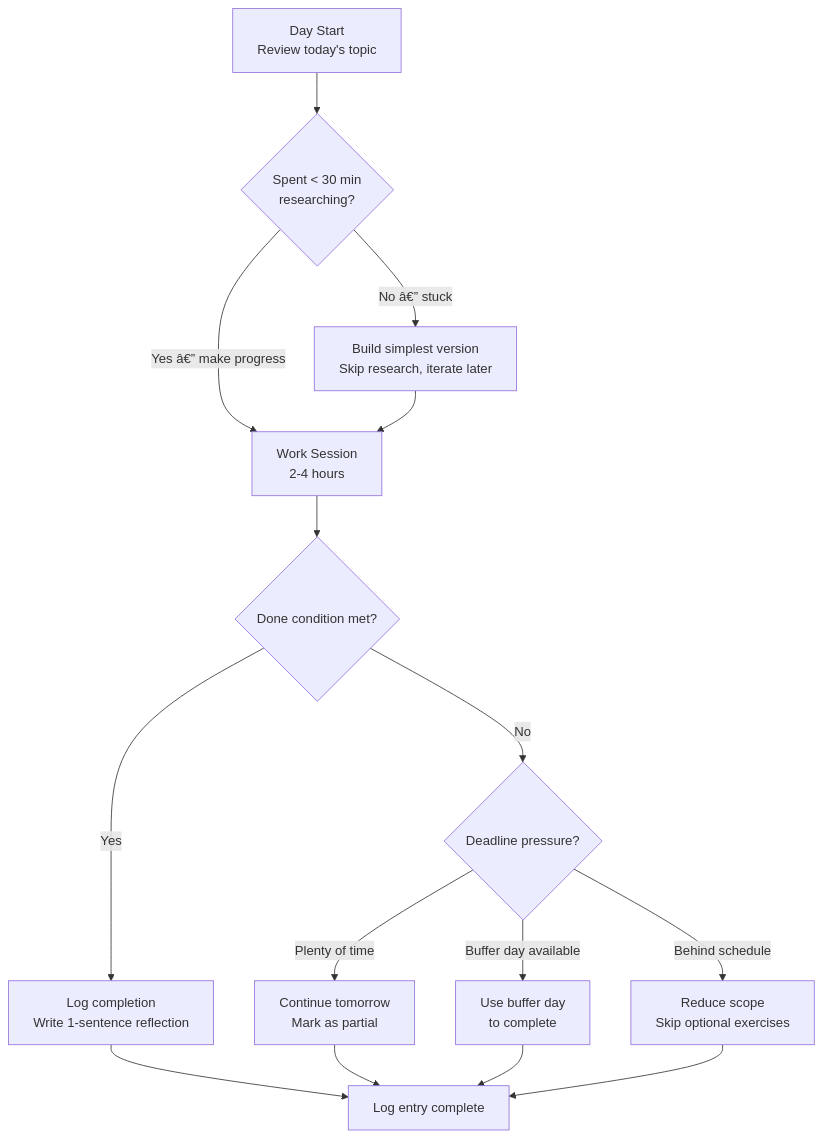
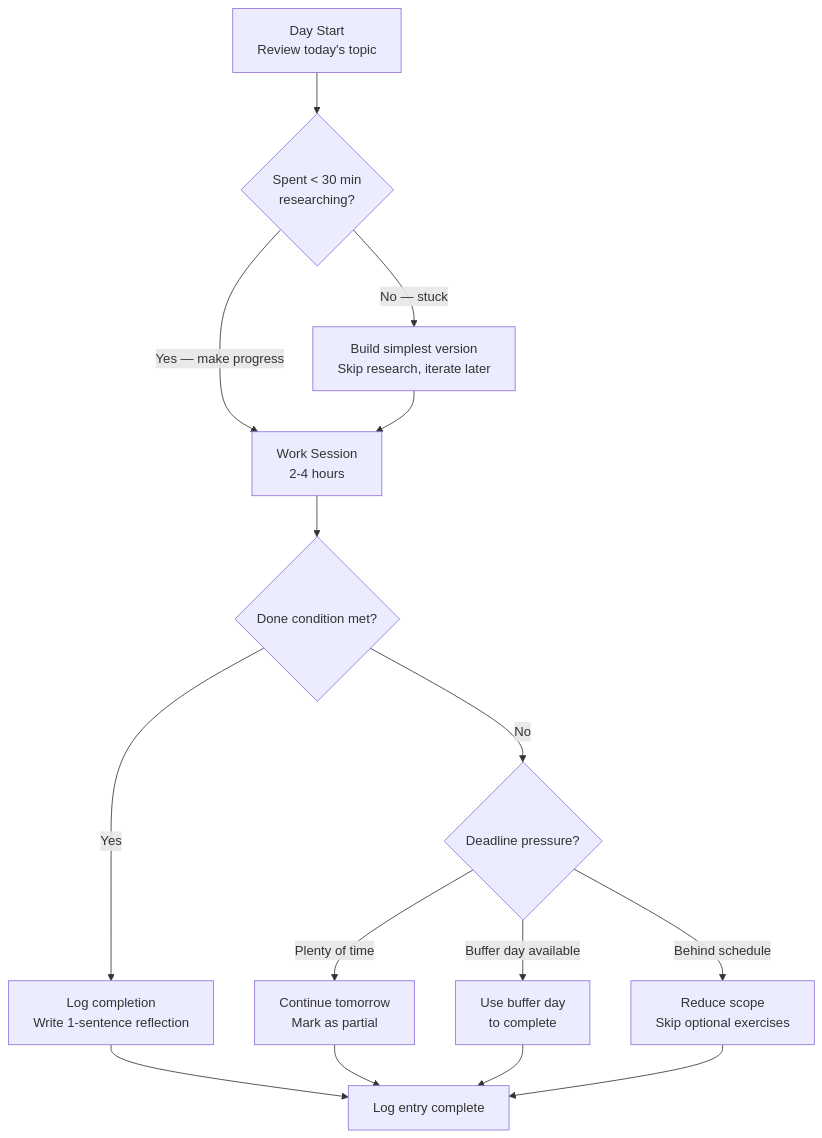
The third of 4 diagrams in docs/courses/ai-agent-engineer/07-day-by-day-plan.md (Raushan666java/ai-engineering-journey), drawn with Mermaid before and after one commit. The commit also changed other lines of this file and 965 other files, not shown here.

````diff
--- a/docs/courses/ai-agent-engineer/07-day-by-day-plan.md
+++ b/docs/courses/ai-agent-engineer/07-day-by-day-plan.md
@@ -689,17 +689,17 @@
 ```mermaid
 flowchart TD
     START["Day Start<br/>Review today's topic"] --> CHECK{"Spent &lt; 30 min<br/>researching?"}
-    CHECK -->|"Yes â€” make progress"| WORK["Work Session<br/>2-4 hours"]
-    CHECK -->|"No â€” stuck"| SIMPLIFY["Build simplest version<br/>Skip research, iterate later"]
+    CHECK -->|"Yes — make progress"| WORK["Work Session<br/>2-4 hours"]
+    CHECK -->|"No — stuck"| SIMPLIFY["Build simplest version<br/>Skip research, iterate later"]
     SIMPLIFY --> WORK
     WORK --> DONE{"Done condition met?"}
     DONE -->|"Yes"| LOG["Log completion<br/>Write 1-sentence reflection"]
     DONE -->|"No"| ADJUST{"Deadline pressure?"}
     ADJUST -->|"Plenty of time"| CONTINUE["Continue tomorrow<br/>Mark as partial"]
     ADJUST -->|"Buffer day available"| BUFFER["Use buffer day<br/>to complete"]
     ADJUST -->|"Behind schedule"| REDUCE["Reduce scope<br/>Skip optional exercises"]
     LOG --> END["Log entry complete"]
     CONTINUE --> END
     BUFFER --> END
     REDUCE --> END
 ```
````
